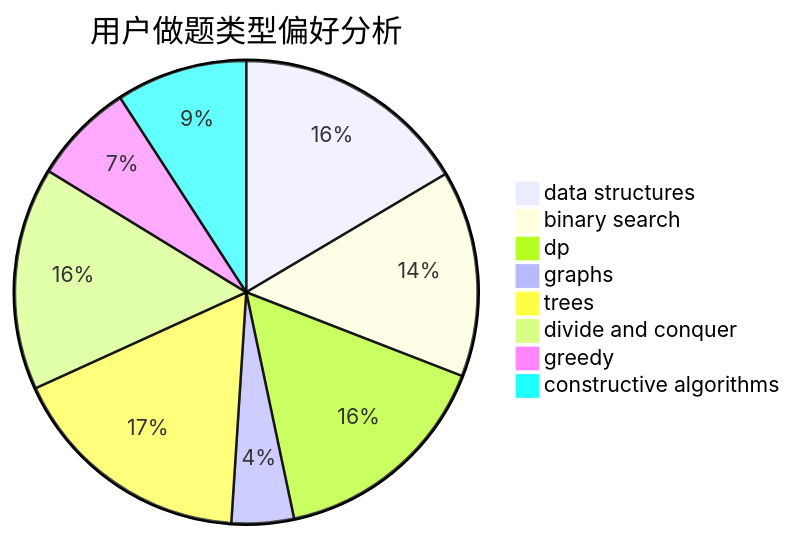
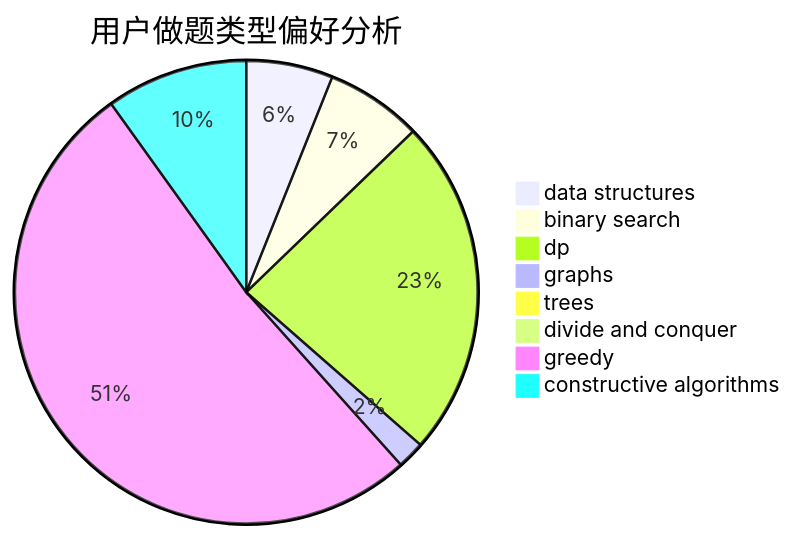
One commit to sherpahu/cfrs.github.io changed the second of 3 diagrams in docs/user/u385.md. Above: the diagram before and after it, drawn with Mermaid. The commit also changed other lines of this file and 2770 other files, not shown here.

````diff
--- a/docs/user/u385.md
+++ b/docs/user/u385.md
@@ -23,11 +23,11 @@
 ```mermaid
 pie title 用户做题类型偏好分析
-    "data structures" :  72
-    "binary search" :  63
-    "dp" :  69
-    "graphs" :  19
-    "trees" :  75
-    "divide and conquer" :  68
-    "greedy" :  31
-    "constructive algorithms" :  40
+    "data structures" :  44
+    "binary search" :  49
+    "dp" :  172
+    "graphs" :  14
+    "trees" :  7
+    "divide and conquer" :  0
+    "greedy" :  376
+    "constructive algorithms" :  72
 ```
````
